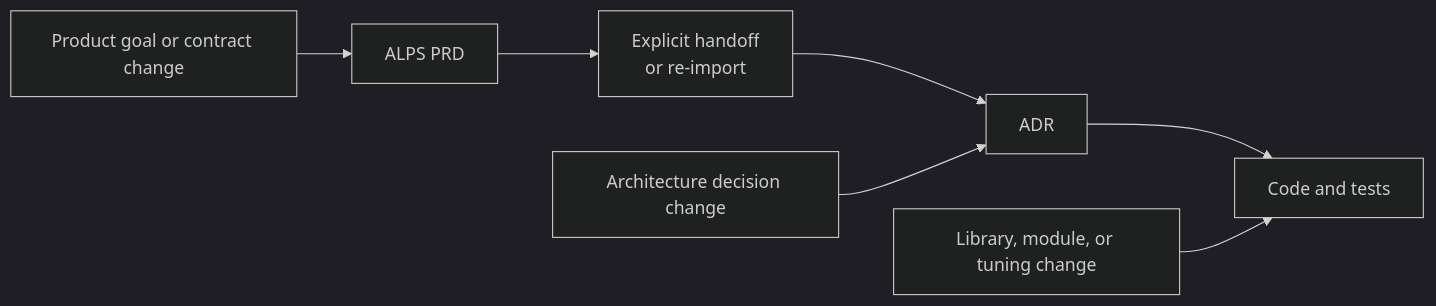
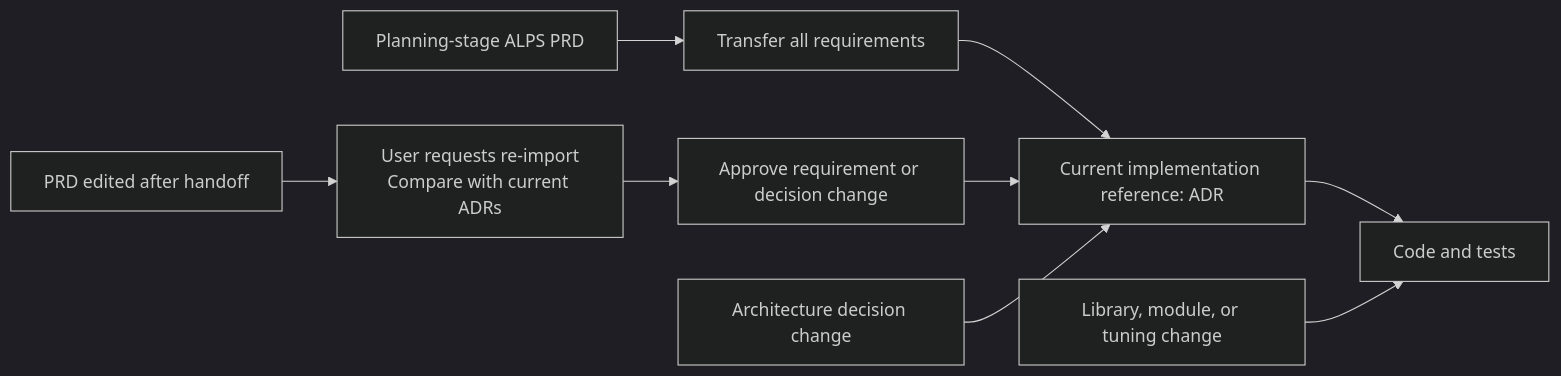
The diagram in _en/2026-07-25-alps-adr-abstraction-boundaries.md (haandol/haandol.github.com), drawn with Mermaid (dark theme) before and after one commit. The commit also changed other lines of this file and 36 other files, not shown here.

````diff
--- a/_en/2026-07-25-alps-adr-abstraction-boundaries.md
+++ b/_en/2026-07-25-alps-adr-abstraction-boundaries.md
@@ -108,9 +104,11 @@
 ```mermaid
 flowchart LR
-    P["Product goal or contract change"] --> PRD["ALPS PRD"]
-    PRD --> H["Explicit handoff<br/>or re-import"]
-    H --> ADR["ADR"]
-    A["Architecture decision change"] --> ADR
+    PRD["Planning-stage ALPS PRD"] --> H["Transfer all requirements"]
+    H --> ADR["Current implementation reference: ADR"]
+    P["PRD edited after handoff"] --> R["User requests re-import<br/>Compare with current ADRs"]
+    R --> A["Approve requirement or decision change"]
+    A --> ADR
+    D["Architecture decision change"] --> ADR
     ADR --> CODE["Code and tests"]
     I["Library, module, or tuning change"] --> CODE
 ```
````
